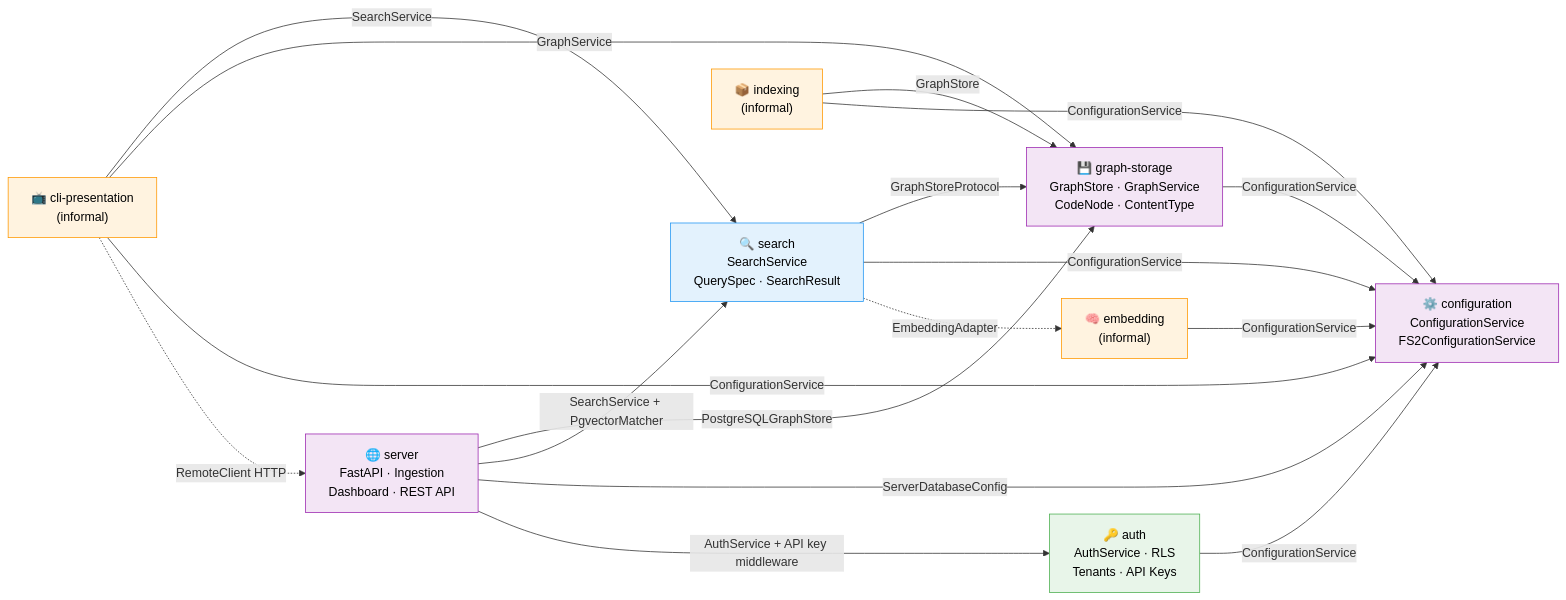
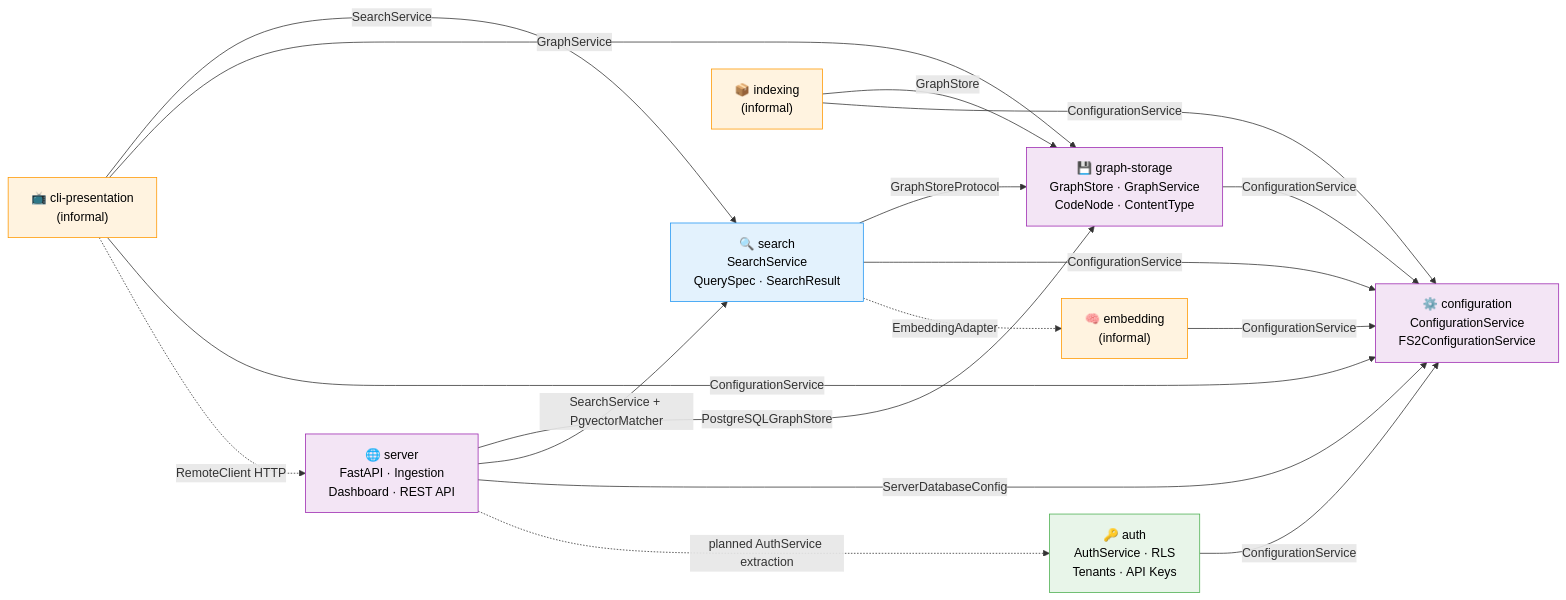
Before and after one commit to AI-Substrate/flow_squared: the diagram in docs/domains/domain-map.md, drawn with Mermaid. The commit also changed other lines of this file and 15 other files, not shown here.

````diff
--- a/docs/domains/domain-map.md
+++ b/docs/domains/domain-map.md
@@ -6,43 +6,43 @@
 ```mermaid
 flowchart LR
     classDef business fill:#E3F2FD,stroke:#2196F3,color:#000
     classDef infra fill:#F3E5F5,stroke:#9C27B0,color:#000
     classDef new fill:#FFF3E0,stroke:#FF9800,color:#000
     classDef planned fill:#E8F5E9,stroke:#4CAF50,color:#000
 
     %% Infrastructure domains
     config["⚙️ configuration\nConfigurationService\nFS2ConfigurationService"]:::infra
     graphstore["💾 graph-storage\nGraphStore · GraphService\nCodeNode · ContentType"]:::infra
 
     %% Business domains
     search["🔍 search\nSearchService\nQuerySpec · SearchResult"]:::business
 
     %% NEW planned domains (028-server-mode)
     server["🌐 server\nFastAPI · Ingestion\nDashboard · REST API"]:::infra
     auth["🔑 auth\nAuthService · RLS\nTenants · API Keys"]:::planned
 
     %% Informal domains (not yet extracted)
     cli["📺 cli-presentation\n(informal)"]:::new
     indexing["📦 indexing\n(informal)"]:::new
     embedding["🧠 embedding\n(informal)"]:::new
 
     %% Contract dependencies (existing)
     search -->|GraphStoreProtocol| graphstore
     search -->|ConfigurationService| config
     search -.->|EmbeddingAdapter| embedding
     graphstore -->|ConfigurationService| config
     cli -->|SearchService| search
     cli -->|GraphService| graphstore
     cli -->|ConfigurationService| config
     indexing -->|GraphStore| graphstore
     indexing -->|ConfigurationService| config
     embedding -->|ConfigurationService| config
 
     %% NEW dependencies (028-server-mode)
     server -->|PostgreSQLGraphStore| graphstore
     server -->|SearchService + PgvectorMatcher| search
     server -->|ServerDatabaseConfig| config
-    server -->|AuthService + API key middleware| auth
+    server -.->|planned AuthService extraction| auth
     auth -->|ConfigurationService| config
     cli -.->|RemoteClient HTTP| server
 ```
````
